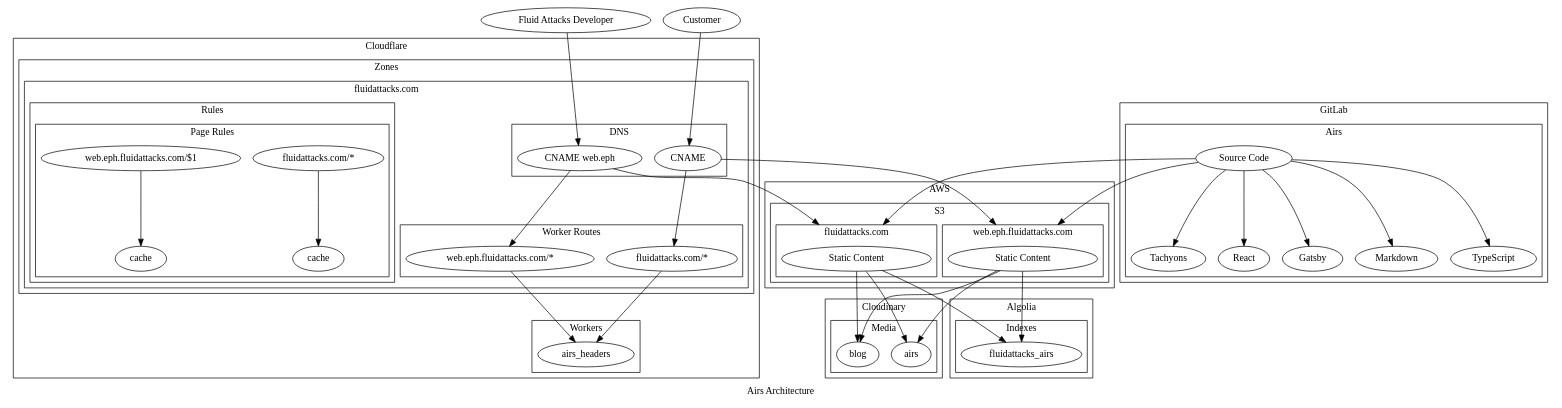
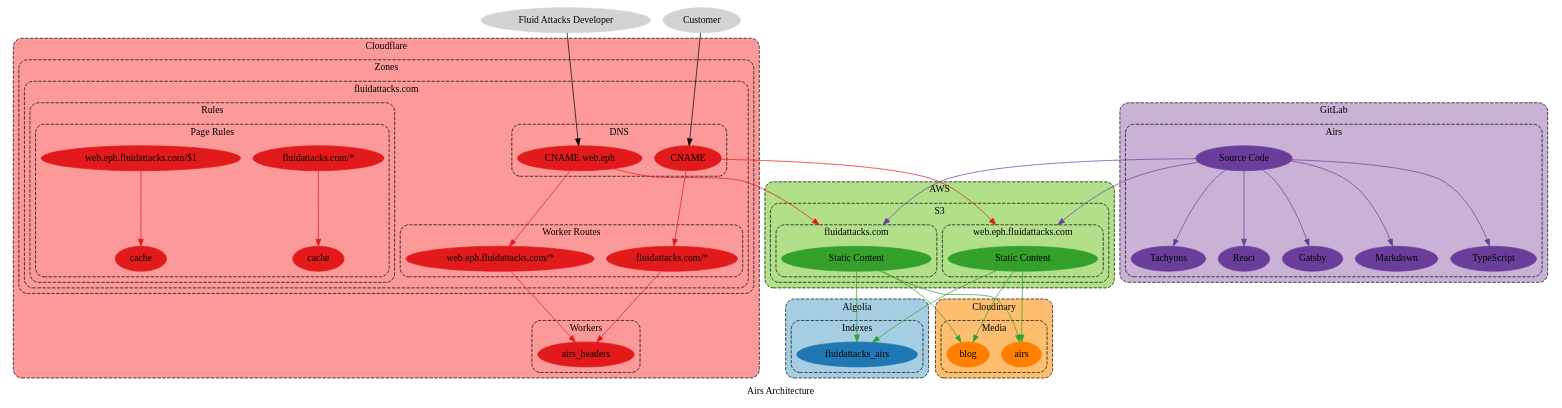
The diagram in docs/src/docs/development/products/airs-arch.dot (jeanbaptistemora/fluidattacks-universe2), drawn with Graphviz before and after one commit.

Commit message:
docs\feat(doc): #7581.11 color graph
- Add colors to the graph

```diff
--- a/docs/src/docs/development/products/airs-arch.dot
+++ b/docs/src/docs/development/products/airs-arch.dot
@@ -1,138 +1,159 @@
 // SPDX-FileCopyrightText: 2022 Fluid Attacks <development@fluidattacks.com>
 //
 // SPDX-License-Identifier: MPL-2.0
 
 digraph airs {
   label="Airs Architecture"
   compound="true"
   concentrate="true"
   scale="scalexy"
 
-  customer[label="Customer"]
-  fluid_attacks_developer[label="Fluid Attacks Developer"]
+  node[style="filled"]
+  graph[style="dashed,rounded"]
 
-  subgraph cluster_gitlab {
-    label="GitLab"
+  subgraph cluster_algolia {
+    label="Algolia"
+    bgcolor="/paired12/1"
+    node[color="/paired12/2"]
 
-    subgraph cluster_gitlab_airs {
-      label="Airs"
+    subgraph cluster_algolia_index {
+      label="Indexes"
 
-      gitlab_airs[label="Source Code"]
-      gitlab_airs_gatsby[label="Gatsby"]
-      gitlab_airs_markdown[label="Markdown"]
-      gitlab_airs_typescript[label="TypeScript"]
-      gitlab_airs_tachyons[label="Tachyons"]
-      gitlab_airs_react[label="React"]
+      algolia_airs[label="fluidattacks_airs"]
     }
   }
 
   subgraph cluster_aws {
     label="AWS"
+    bgcolor="/paired12/3"
+    node[color="/paired12/4"]
 
     subgraph cluster_aws_s3 {
       label="S3"
 
       subgraph cluster_aws_s3_airs_dev {
         label="web.eph.fluidattacks.com"
 
         aws_s3_airs_dev_static[label="Static Content" width="3.0"]
       }
 
       subgraph cluster_aws_s3_airs_prod {
         label="fluidattacks.com"
 
         aws_s3_airs_prod_static[label="Static Content" width="3.0"]
       }
     }
   }
 
-  subgraph cluster_cloudinary {
-    label="Cloudinary"
-
-    subgraph cluster_cloudinary_media {
-      label="Media"
-
-      cloudinary_media_airs[label="airs"]
-      cloudinary_media_blog[label="blog"]
-    }
-  }
-
-  subgraph cluster_algolia {
-    label="Algolia"
-
-    subgraph cluster_algolia_index {
-      label="Indexes"
-
-      algolia_airs[label="fluidattacks_airs"]
-    }
-  }
-
   subgraph cluster_cloudflare {
     label="Cloudflare"
+    bgcolor="/paired12/5"
+    node[color="/paired12/6"]
 
     subgraph cluster_cloudflare_workers {
       label="Workers"
 
       cluster_cloudflare_workers_airs_headers[label="airs_headers"]
     }
 
     subgraph cluster_cloudflare_zones {
       label="Zones"
 
       subgraph cluster_cloudflare_zone_fluidattacks_com {
         label="fluidattacks.com"
 
         subgraph cluster_cloudflare_zone_fluidattacks_com_dns {
           label="DNS"
 
           cloudflare_zone_fluidattacks_com_dns_cname[label="CNAME"]
           cloudflare_zone_fluidattacks_com_dns_cname_web_eph[label="CNAME web.eph"]
         }
 
         subgraph cluster_cloudflare_zone_fluidattacks_com_rules {
           label="Rules"
 
           subgraph cluster_cloudflare_zone_fluidattacks_com_rules_page {
             label="Page Rules"
 
             cloudflare_zone_fluidattacks_com_rules_page[label="fluidattacks.com/*"]
             cloudflare_zone_fluidattacks_com_rules_page_cache[label="cache"]
             cloudflare_zone_fluidattacks_com_rules_page_web_eph[label="web.eph.fluidattacks.com/$1"]
             cloudflare_zone_fluidattacks_com_rules_page_web_eph_cache[label="cache"]
           }
         }
 
         subgraph cluster_cloudflare_zone_fluidattacks_com_worker_routes {
           label="Worker Routes"
 
           cloudflare_zone_fluidattacks_com_worker_route_dev[label="web.eph.fluidattacks.com/*"]
           cloudflare_zone_fluidattacks_com_worker_route_prod[label="fluidattacks.com/*"]
         }
       }
     }
   }
 
+  subgraph cluster_cloudinary {
+    label="Cloudinary"
+    bgcolor="/paired12/7"
+    node[color="/paired12/8"]
+
+    subgraph cluster_cloudinary_media {
+      label="Media"
+
+      cloudinary_media_airs[label="airs"]
+      cloudinary_media_blog[label="blog"]
+    }
+  }
+
+  subgraph cluster_gitlab {
+    label="GitLab"
+    bgcolor="/paired12/9"
+    node[color="/paired12/10"]
+
+    subgraph cluster_gitlab_airs {
+      label="Airs"
+
+      gitlab_airs[label="Source Code"]
+      gitlab_airs_gatsby[label="Gatsby"]
+      gitlab_airs_markdown[label="Markdown"]
+      gitlab_airs_typescript[label="TypeScript"]
+      gitlab_airs_tachyons[label="Tachyons"]
+      gitlab_airs_react[label="React"]
+    }
+  }
+
+  edge[color="/paired12/4"]
   aws_s3_airs_dev_static -> algolia_airs[]
   aws_s3_airs_dev_static -> cloudinary_media_blog[]
   aws_s3_airs_dev_static -> cloudinary_media_airs[]
   aws_s3_airs_prod_static -> algolia_airs[]
   aws_s3_airs_prod_static -> cloudinary_media_blog[]
   aws_s3_airs_prod_static -> cloudinary_media_airs[]
+
+  edge[color="/paired12/6"]
   cloudflare_zone_fluidattacks_com_worker_route_dev -> cluster_cloudflare_workers_airs_headers[]
   cloudflare_zone_fluidattacks_com_worker_route_prod -> cluster_cloudflare_workers_airs_headers[]
   cloudflare_zone_fluidattacks_com_dns_cname -> cloudflare_zone_fluidattacks_com_worker_route_prod[]
   cloudflare_zone_fluidattacks_com_dns_cname_web_eph -> cloudflare_zone_fluidattacks_com_worker_route_dev[]
   cloudflare_zone_fluidattacks_com_dns_cname -> aws_s3_airs_dev_static[lhead="cluster_aws_s3_airs_dev"]
   cloudflare_zone_fluidattacks_com_dns_cname_web_eph -> aws_s3_airs_prod_static[lhead="cluster_aws_s3_airs_prod"]
   cloudflare_zone_fluidattacks_com_rules_page -> cloudflare_zone_fluidattacks_com_rules_page_cache[]
   cloudflare_zone_fluidattacks_com_rules_page_web_eph -> cloudflare_zone_fluidattacks_com_rules_page_web_eph_cache[]
-  customer -> cloudflare_zone_fluidattacks_com_dns_cname[]
-  fluid_attacks_developer -> cloudflare_zone_fluidattacks_com_dns_cname_web_eph[]
+
+  edge[color="/paired12/10"]
   gitlab_airs -> aws_s3_airs_dev_static[lhead="cluster_aws_s3_airs_dev"]
   gitlab_airs -> aws_s3_airs_prod_static[lhead="cluster_aws_s3_airs_prod"]
   gitlab_airs -> gitlab_airs_gatsby[]
   gitlab_airs -> gitlab_airs_markdown[]
   gitlab_airs -> gitlab_airs_typescript[]
   gitlab_airs -> gitlab_airs_tachyons[]
   gitlab_airs -> gitlab_airs_react[]
+
+  node[color="/x11/lightgray"]
+  customer[label="Customer"]
+  fluid_attacks_developer[label="Fluid Attacks Developer"]
+
+  edge[color="/x11/black"]
+  customer -> cloudflare_zone_fluidattacks_com_dns_cname[]
+  fluid_attacks_developer -> cloudflare_zone_fluidattacks_com_dns_cname_web_eph[]
 }
```
